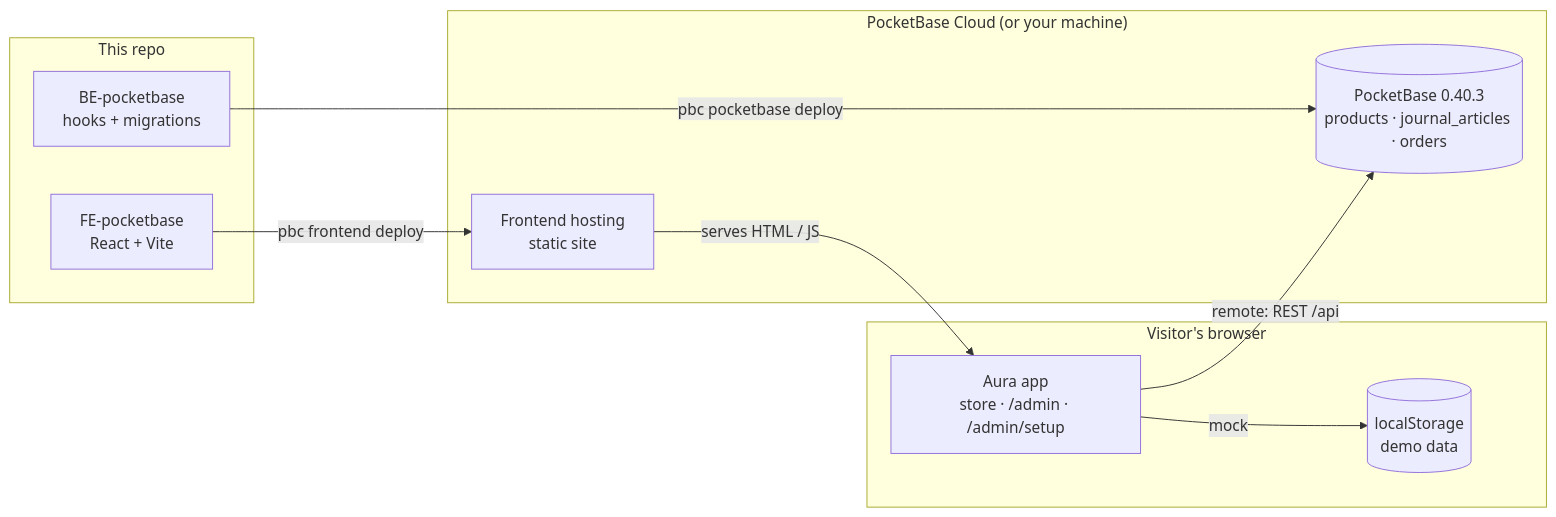
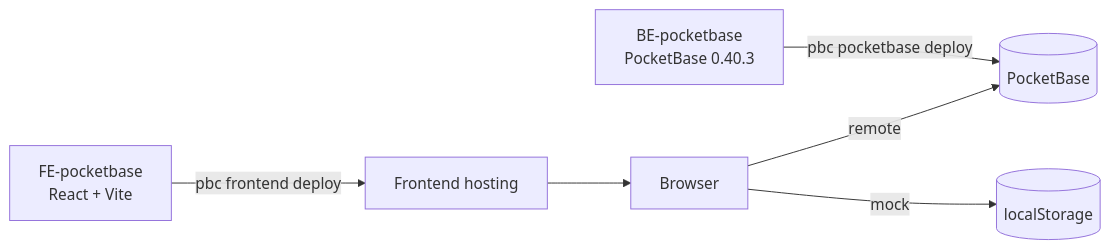
One commit to everlasting18/pocketbase-cloud-template changed the diagram in README.md. Above: the diagram before and after it, drawn with Mermaid. The commit also changed other lines of this file, not shown here.

````diff
--- a/README.md
+++ b/README.md
@@ -25,23 +7,8 @@
 ```mermaid
 flowchart LR
-  subgraph repo["This repo"]
-    FE["FE-pocketbase<br/>React + Vite"]
-    BE["BE-pocketbase<br/>hooks + migrations"]
-  end
-
-  subgraph cloud["PocketBase Cloud (or your machine)"]
-    HOST["Frontend hosting<br/>static site"]
-    PB[("PocketBase 0.40.3<br/>products · journal_articles · orders")]
-  end
-
-  subgraph browser["Visitor's browser"]
-    APP["Aura app<br/>store · /admin · /admin/setup"]
-    MOCK[("localStorage<br/>demo data")]
-  end
-
-  FE -- "pbc frontend deploy" --> HOST
-  BE -- "pbc pocketbase deploy" --> PB
-  HOST -- "serves HTML / JS" --> APP
-  APP -- "mock" --> MOCK
-  APP -- "remote: REST /api" --> PB
+  FE["FE-pocketbase<br/>React + Vite"] -- "pbc frontend deploy" --> HOST["Frontend hosting"]
+  BE["BE-pocketbase<br/>PocketBase 0.40.3"] -- "pbc pocketbase deploy" --> PB[("PocketBase")]
+  HOST --> APP["Browser"]
+  APP -- "mock" --> LS[("localStorage")]
+  APP -- "remote" --> PB
 ```
````
